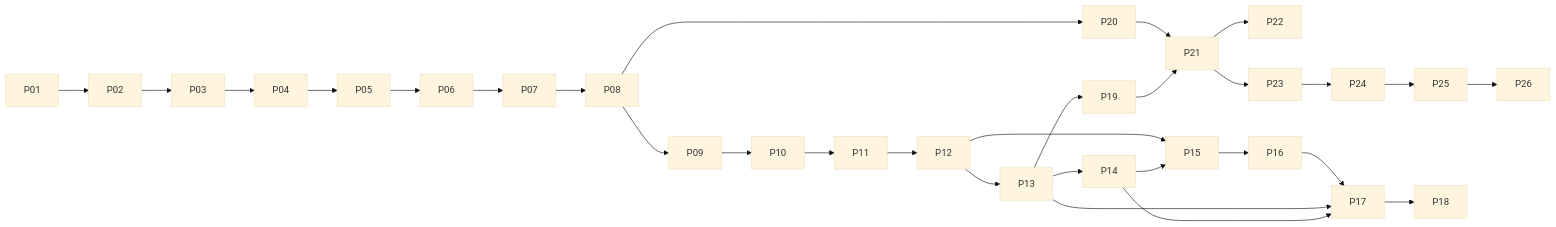
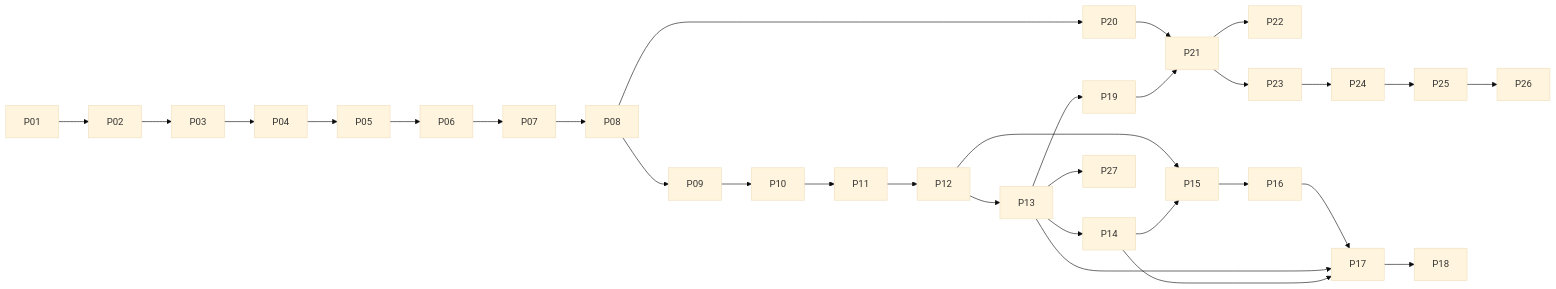
One commit to takemo101/ambien changed the diagram in docs/implementation-plan.md. Above: the diagram before and after it, drawn with Mermaid (base theme). The commit also changed other lines of this file and 4 other files, not shown here.

````diff
--- a/docs/implementation-plan.md
+++ b/docs/implementation-plan.md
@@ -108,16 +108,17 @@
 ```mermaid
 flowchart LR
  P01 --> P02 --> P03 --> P04 --> P05 --> P06 --> P07 --> P08 --> P09 --> P10 --> P11 --> P12 --> P13 --> P14
  P12 --> P15
  P13 --> P19
  P08 --> P20
  P20 --> P21
  P19 --> P21
  P21 --> P22
  P21 --> P23
  P23 --> P24 --> P25
+ P13 --> P27
  P25 --> P26
  P14 --> P15 --> P16 --> P17 --> P18
  P13 --> P17
  P14 --> P17
 ```
````
